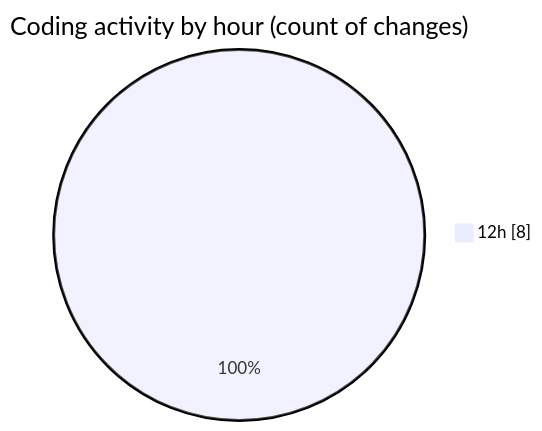
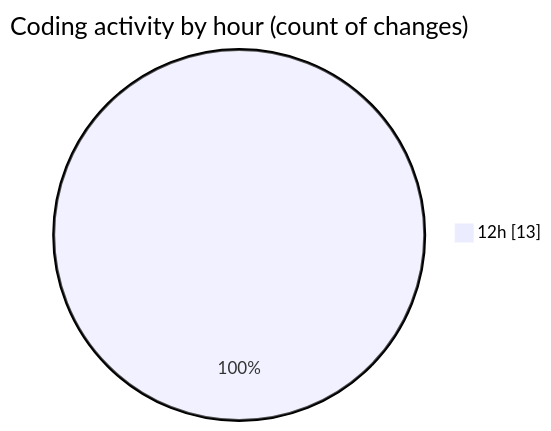
The second of 2 diagrams in 2025-07-20/reggarena/README.md (lephambinh05/code-tracking), drawn with Mermaid before and after one commit. The commit also changed other lines of this file and 1 other file, not shown here.

````diff
--- a/2025-07-20/reggarena/README.md
+++ b/2025-07-20/reggarena/README.md
@@ -29,5 +30,5 @@
 ```mermaid
 pie showData
 title Coding activity by hour (count of changes)
-"12h" : 8
+"12h" : 13
 ```
````
